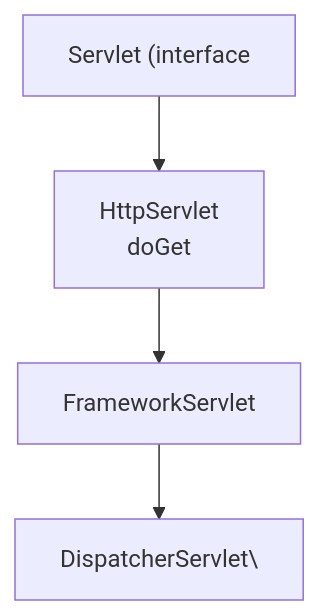
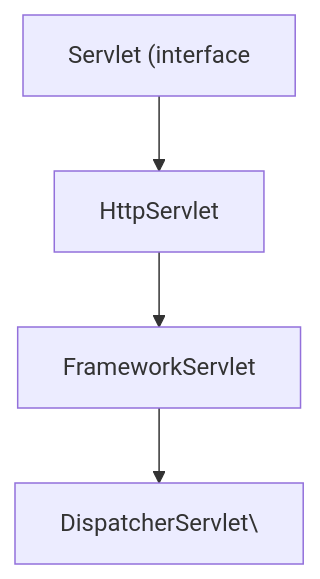
One commit to yjkim2015/yjkim2015.github.io changed the second of 14 diagrams in _posts/spring/2026-05-02-spring-mvc-deep.md. Above: the diagram before and after it, drawn with Mermaid. The commit also changed other lines of this file and 217 other files, not shown here.

First line of the commit message:
Mermaid 크기 수정: useMaxWidth:true + SVG max-width:100% + 라벨 축소

````diff
--- a/_posts/spring/2026-05-02-spring-mvc-deep.md
+++ b/_posts/spring/2026-05-02-spring-mvc-deep.md
@@ -92,8 +92,8 @@
 ```mermaid
 graph TD
     A["Servlet (interface"]
-    B["HttpServlet\ndoGet"]
-    C["FrameworkServlet\n"]
+    B["HttpServlet"]
+    C["FrameworkServlet"]
     D["DispatcherServlet\"]
     A --> B --> C --> D
 ```
````
